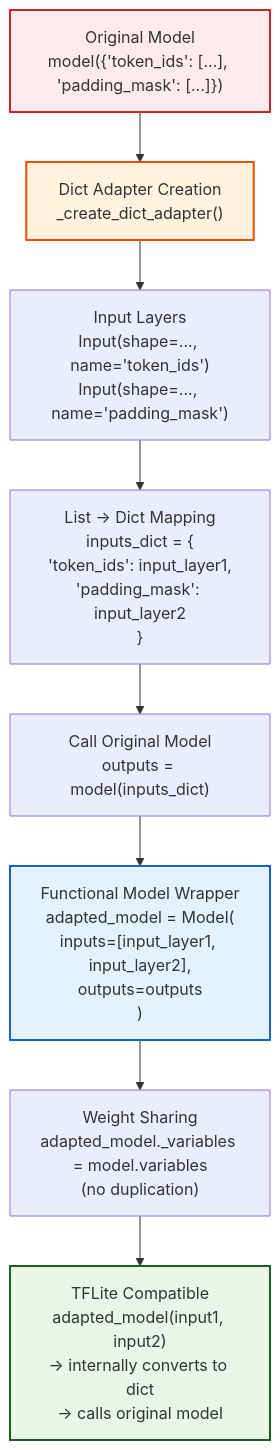
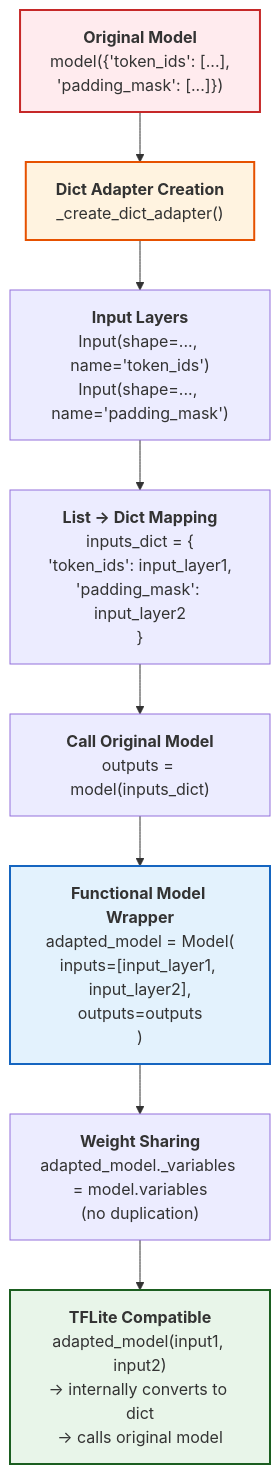
Before and after one commit to pctablet505/litert-export-docs: the third of 6 diagrams in LiteRT Export design doc reviewed.md, drawn with Mermaid. The commit also changed other lines of this file, not shown here.

````diff
--- a/LiteRT Export design doc reviewed.md
+++ b/LiteRT Export design doc reviewed.md
@@ -298,31 +298,31 @@
 ```mermaid
 flowchart TD
-    A["Original Model<br/>model({'token_ids': [...], 'padding_mask': [...]})"]
+    A["<b>Original Model</b><br/>model({'token_ids': [...],<br/>'padding_mask': [...]})"]
     
-    B["Dict Adapter Creation<br/>_create_dict_adapter()"]
+    B["<b>Dict Adapter Creation</b><br/>_create_dict_adapter()"]
     
-    C["Input Layers<br/>Input(shape=..., name='token_ids')<br/>Input(shape=..., name='padding_mask')"]
+    C["<b>Input Layers</b><br/>Input(shape=..., name='token_ids')<br/>Input(shape=..., name='padding_mask')"]
     
-    D["List → Dict Mapping<br/>inputs_dict = {<br/>'token_ids': input_layer1,<br/>'padding_mask': input_layer2<br/>}"]
+    D["<b>List → Dict Mapping</b><br/>inputs_dict = {<br/>'token_ids': input_layer1,<br/>'padding_mask': input_layer2<br/>}"]
     
-    E["Call Original Model<br/>outputs = model(inputs_dict)"]
+    E["<b>Call Original Model</b><br/>outputs = model(inputs_dict)"]
     
-    F["Functional Model Wrapper<br/>adapted_model = Model(<br/>inputs=[input_layer1, input_layer2],<br/>outputs=outputs<br/>)"]
+    F["<b>Functional Model Wrapper</b><br/>adapted_model = Model(<br/>inputs=[input_layer1, input_layer2],<br/>outputs=outputs<br/>)"]
     
-    G["Weight Sharing<br/>adapted_model._variables = model.variables<br/>(no duplication)"]
+    G["<b>Weight Sharing</b><br/>adapted_model._variables = model.variables<br/>(no duplication)"]
     
-    H["TFLite Compatible<br/>adapted_model(input1, input2)<br/>→ internally converts to dict<br/>→ calls original model"]
+    H["<b>TFLite Compatible</b><br/>adapted_model(input1, input2)<br/>→ internally converts to dict<br/>→ calls original model"]
     
     A --> B
     B --> C
     C --> D
     D --> E
     E --> F
     F --> G
     G --> H
     
     style A fill:#ffebee,stroke:#c62828,stroke-width:2px
     style H fill:#e8f5e9,stroke:#1b5e20,stroke-width:2px
     style B fill:#fff3e0,stroke:#e65100,stroke-width:2px
     style F fill:#e3f2fd,stroke:#1565c0,stroke-width:2px
 ```
````
